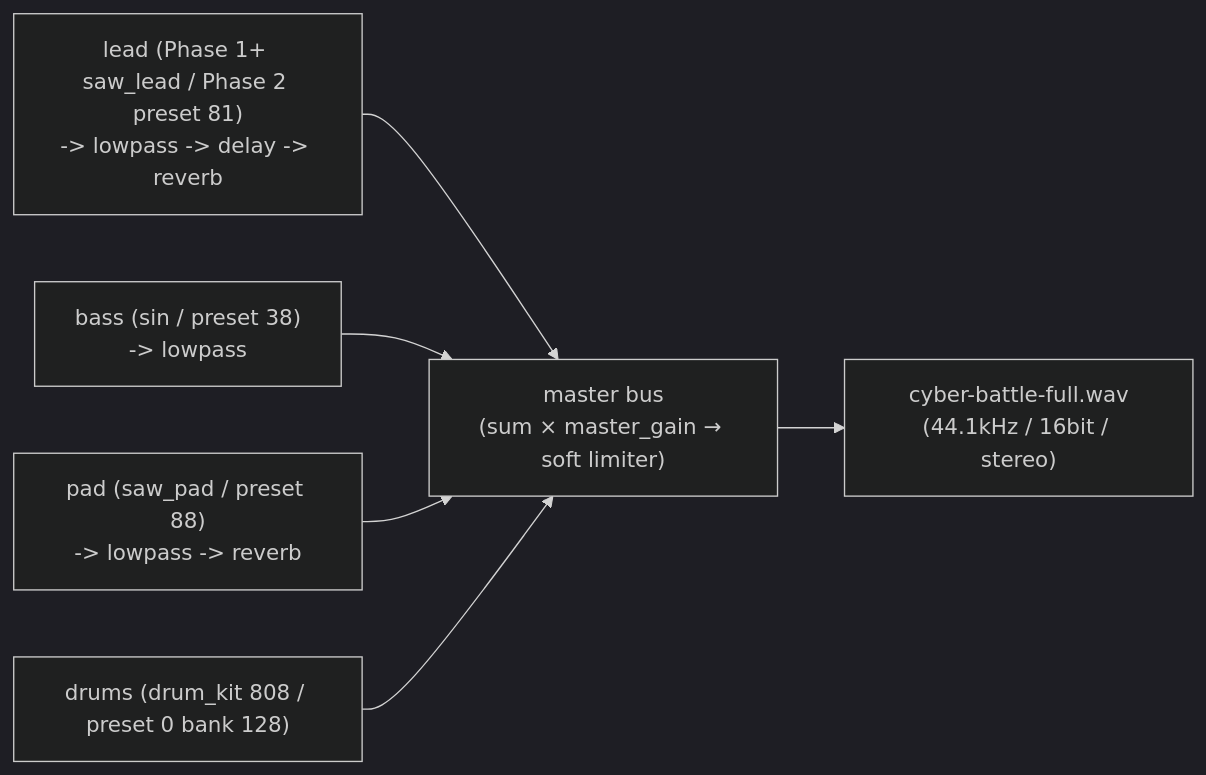
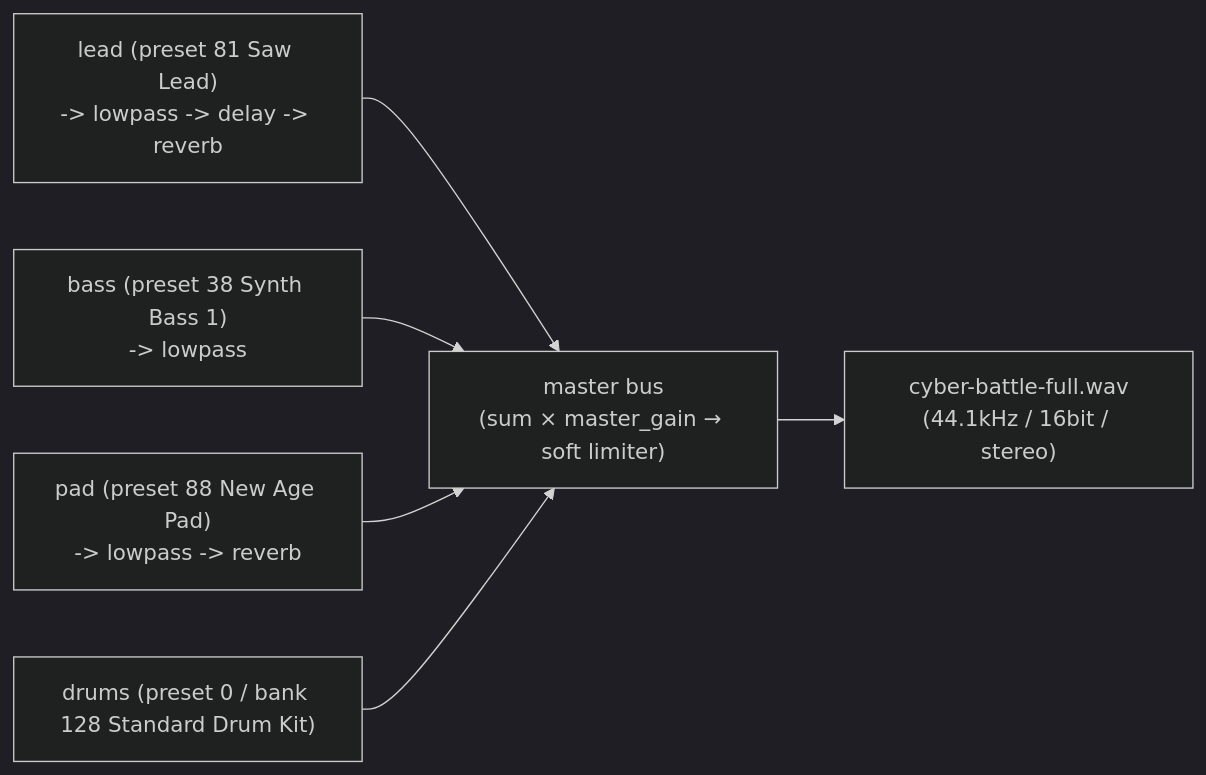
The diagram in docs/design/06-examples.md (krtw00/codetta), drawn with Mermaid (dark theme) before and after one commit. The commit also changed other lines of this file and 13 other files, not shown here.

````diff
--- a/docs/design/06-examples.md
+++ b/docs/design/06-examples.md
@@ -168,12 +178,12 @@
 ```mermaid
 flowchart LR
-    Lead["lead (Phase 1+ saw_lead / Phase 2 preset 81)<br/>-> lowpass -> delay -> reverb"]
-    Bass["bass (sin / preset 38)<br/>-> lowpass"]
-    Pad["pad (saw_pad / preset 88)<br/>-> lowpass -> reverb"]
-    Drums["drums (drum_kit 808 / preset 0 bank 128)"]
+    Lead["lead (preset 81 Saw Lead)<br/>-> lowpass -> delay -> reverb"]
+    Bass["bass (preset 38 Synth Bass 1)<br/>-> lowpass"]
+    Pad["pad (preset 88 New Age Pad)<br/>-> lowpass -> reverb"]
+    Drums["drums (preset 0 / bank 128 Standard Drum Kit)"]
     Lead --> Mix["master bus<br/>(sum × master_gain → soft limiter)"]
     Bass --> Mix
     Pad --> Mix
     Drums --> Mix
     Mix --> Wav["cyber-battle-full.wav<br/>(44.1kHz / 16bit / stereo)"]
 ```
````
